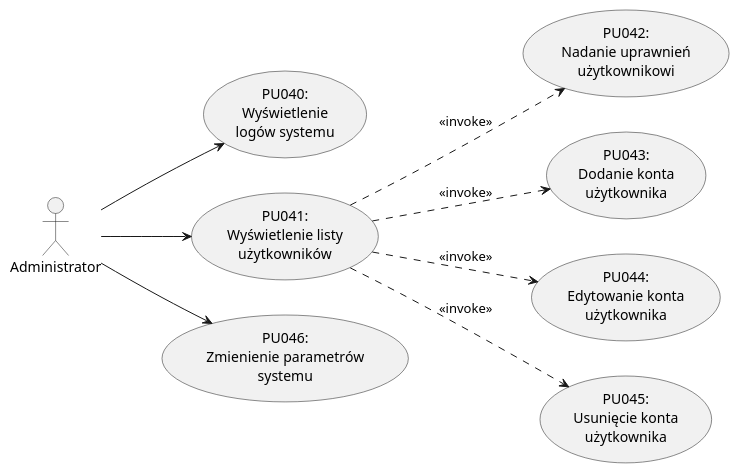
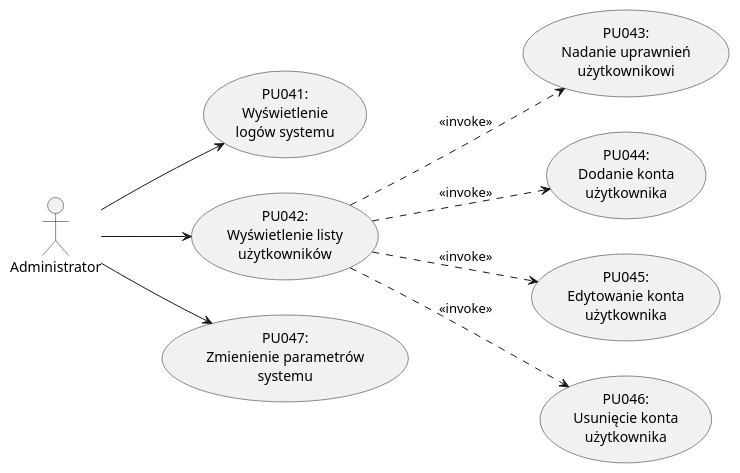
Before and after one commit to kokolodziejska/IWO: diagram 13 of 13 in dokumentacja.md, drawn with PlantUML. The commit also changed other lines of this file and 5 other files, not shown here.

````diff
--- a/dokumentacja.md
+++ b/dokumentacja.md
@@ -1598,25 +1607,25 @@
   ```puml
   @startuml
   left to right direction
 
   actor "Administrator" as Admin
 
-  usecase "PU040:\nWyświetlenie\nlogów systemu" as PU040
-  usecase "PU041:\nWyświetlenie listy\nużytkowników" as PU041
-  usecase "PU042:\nNadanie uprawnień\nużytkownikowi" as PU042
-  usecase "PU043:\nDodanie konta\nużytkownika" as PU043
-  usecase "PU044:\nEdytowanie konta\nużytkownika" as PU044
-  usecase "PU045:\nUsunięcie konta\nużytkownika" as PU045
-  usecase "PU046:\nZmienienie parametrów\nsystemu" as PU046
+  usecase "PU041:\nWyświetlenie\nlogów systemu" as PU041
+  usecase "PU042:\nWyświetlenie listy\nużytkowników" as PU042
+  usecase "PU043:\nNadanie uprawnień\nużytkownikowi" as PU043
+  usecase "PU044:\nDodanie konta\nużytkownika" as PU044
+  usecase "PU045:\nEdytowanie konta\nużytkownika" as PU045
+  usecase "PU046:\nUsunięcie konta\nużytkownika" as PU046
+  usecase "PU047:\nZmienienie parametrów\nsystemu" as PU047
 
-  Admin --> PU040
   Admin --> PU041
-  Admin --> PU046
+  Admin --> PU042
+  Admin --> PU047
 
-  PU041 ..> PU042 : <<invoke>>
-  PU041 ..> PU043 : <<invoke>>
-  PU041 ..> PU044 : <<invoke>>
-  PU041 ..> PU045 : <<invoke>>
+  PU042 ..> PU043 : <<invoke>>
+  PU042 ..> PU044 : <<invoke>>
+  PU042 ..> PU045 : <<invoke>>
+  PU042 ..> PU046 : <<invoke>>
 
   @enduml
   ```
````
